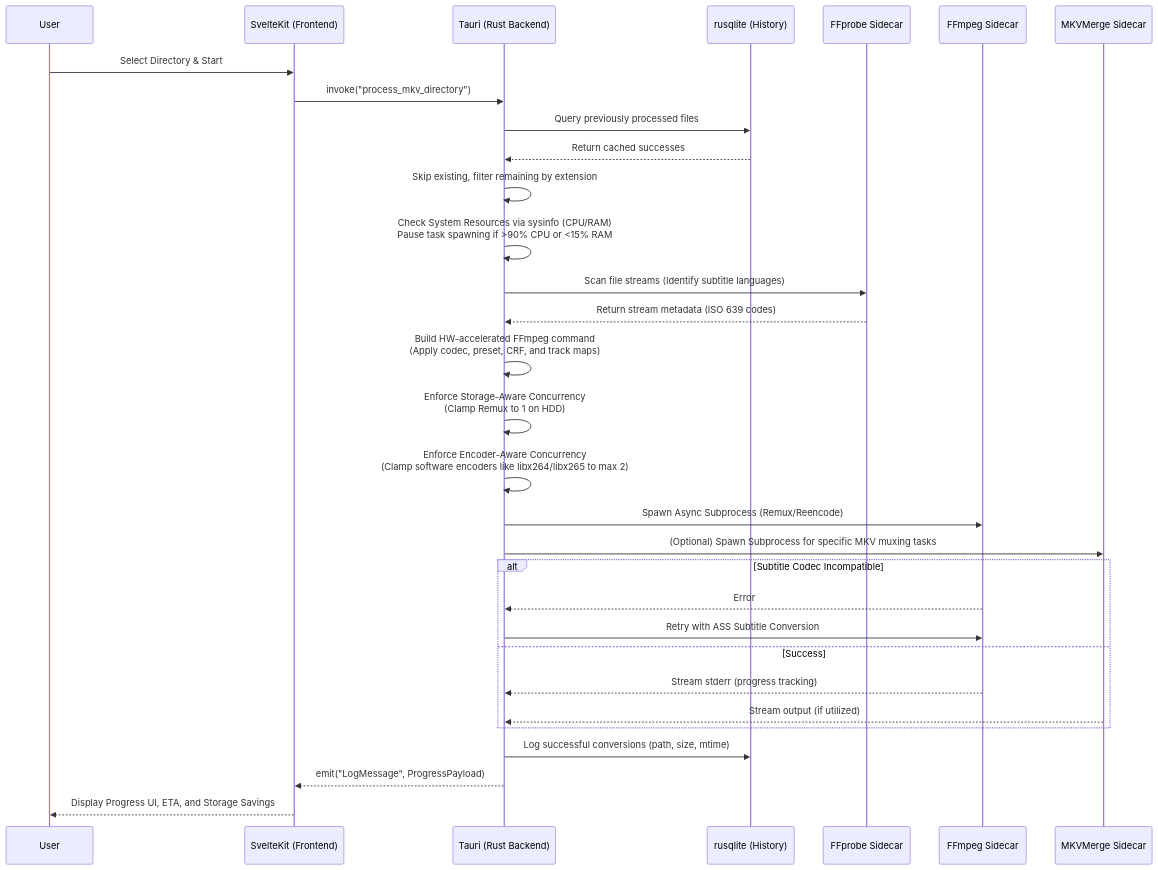
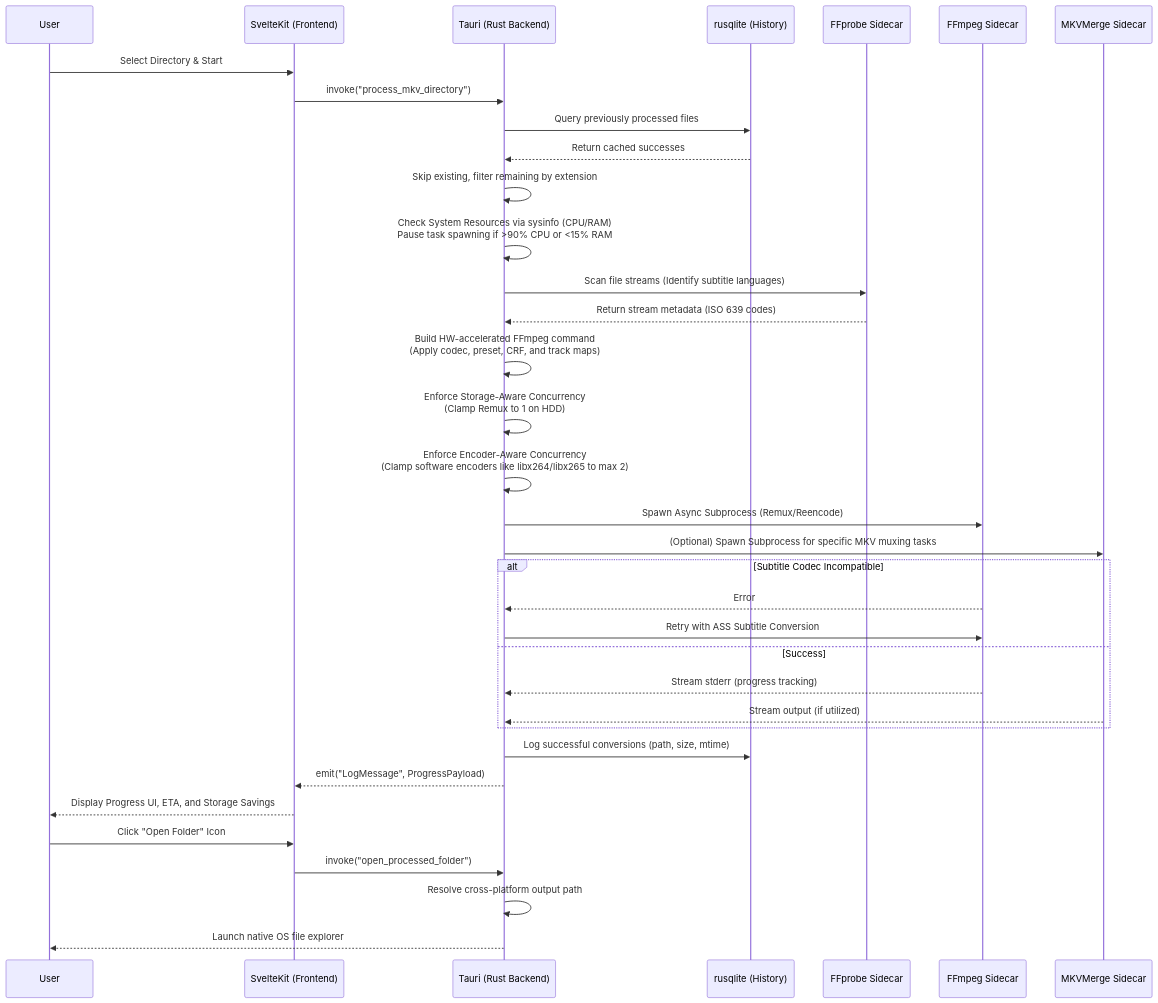
Before and after one commit to Cuates/rust: the diagram in mkv-filter-metadata/docs/KNOWLEDGE_GRAPH.md, drawn with Mermaid. The commit also changed 15 other files, not shown here.

First line of the commit message:
feat: add open folder action and bump to 1.4.0

````diff
--- a/mkv-filter-metadata/docs/KNOWLEDGE_GRAPH.md
+++ b/mkv-filter-metadata/docs/KNOWLEDGE_GRAPH.md
@@ -13,42 +13,48 @@
 ```mermaid
 sequenceDiagram
     participant User
     participant Frontend as SvelteKit (Frontend)
     participant Backend as Tauri (Rust Backend)
     participant SQLite as rusqlite (History)
     participant FFprobe as FFprobe Sidecar
     participant FFmpeg as FFmpeg Sidecar
     participant MKVMerge as MKVMerge Sidecar
 
     User->>Frontend: Select Directory & Start
     Frontend->>Backend: invoke("process_mkv_directory")
     
     %% Idempotent Checks
     Backend->>SQLite: Query previously processed files
     SQLite-->>Backend: Return cached successes
     Backend->>Backend: Skip existing, filter remaining by extension
     
     %% Processing Phase
     Backend->>Backend: Check System Resources via sysinfo (CPU/RAM)<br/>Pause task spawning if >90% CPU or <15% RAM
     Backend->>FFprobe: Scan file streams (Identify subtitle languages)
     FFprobe-->>Backend: Return stream metadata (ISO 639 codes)
     Backend->>Backend: Build HW-accelerated FFmpeg command<br/>(Apply codec, preset, CRF, and track maps)
     Backend->>Backend: Enforce Storage-Aware Concurrency<br/>(Clamp Remux to 1 on HDD)
     Backend->>Backend: Enforce Encoder-Aware Concurrency<br/>(Clamp software encoders like libx264/libx265 to max 2)
     Backend->>FFmpeg: Spawn Async Subprocess (Remux/Reencode)
     Backend->>MKVMerge: (Optional) Spawn Subprocess for specific MKV muxing tasks
     
     %% Fallback & Progress
     alt Subtitle Codec Incompatible
         FFmpeg-->>Backend: Error
         Backend->>FFmpeg: Retry with ASS Subtitle Conversion
     else Success
         FFmpeg-->>Backend: Stream stderr (progress tracking)
         MKVMerge-->>Backend: Stream output (if utilized)
     end
     
     %% Completion
     Backend->>SQLite: Log successful conversions (path, size, mtime)
     Backend-->>Frontend: emit("LogMessage", ProgressPayload)
     Frontend-->>User: Display Progress UI, ETA, and Storage Savings
+    
+    %% Post-Processing
+    User->>Frontend: Click "Open Folder" Icon
+    Frontend->>Backend: invoke("open_processed_folder")
+    Backend->>Backend: Resolve cross-platform output path
+    Backend-->>User: Launch native OS file explorer
 ```
````
